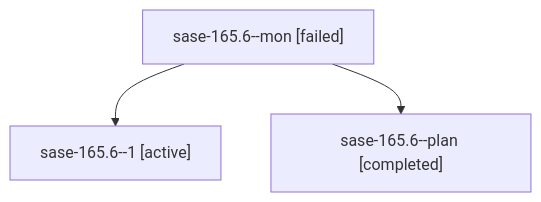
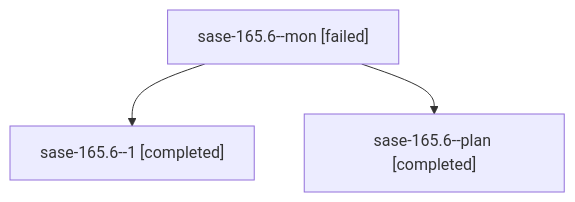
The diagram in families/bbugyi200.athena.sase-165.6.md (sase-org/sase--agents), drawn with Mermaid before and after one commit. The commit also changed other lines of this file and 40 other files, not shown here.

````diff
--- a/families/bbugyi200.athena.sase-165.6.md
+++ b/families/bbugyi200.athena.sase-165.6.md
@@ -9,8 +9,8 @@
 ```mermaid
 flowchart TD
   n0["sase-165.6--mon [failed]"]
-  n1["sase-165.6--1 [active]"]
+  n1["sase-165.6--1 [completed]"]
   n0 --> n1
   n2["sase-165.6--plan [completed]"]
   n0 --> n2
 ```
````
